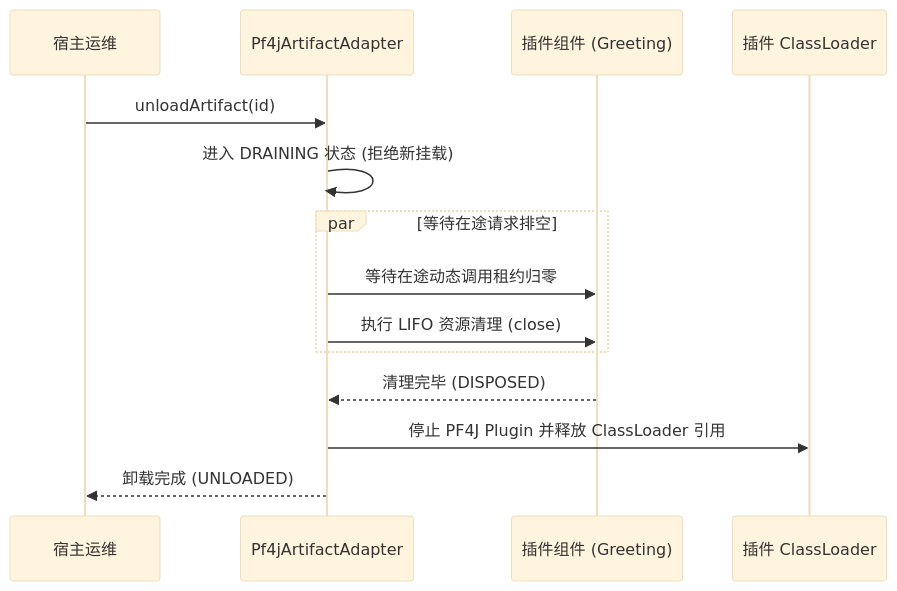
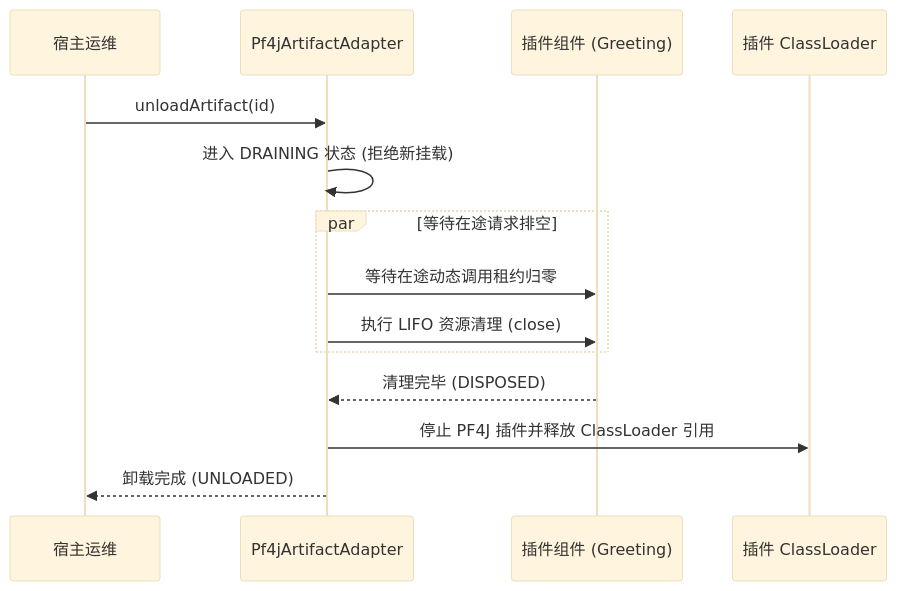
Before and after one commit to fjay/knotra: the second of 2 diagrams in docs/Knotra 插件工程化手册.md, drawn with Mermaid (base theme). The commit also changed other lines of this file and 7 other files, not shown here.

````diff
--- a/docs/Knotra 插件工程化手册.md
+++ b/docs/Knotra 插件工程化手册.md
@@ -260,19 +245,19 @@
 ```mermaid
 sequenceDiagram
     participant Host as 宿主运维
     participant Adapter as Pf4jArtifactAdapter
     participant Component as 插件组件 (Greeting)
     participant ClassLoader as 插件 ClassLoader
 
     Host->>Adapter: unloadArtifact(id)
     Adapter->>Adapter: 进入 DRAINING 状态 (拒绝新挂载)
 
     par 等待在途请求排空
         Adapter->>Component: 等待在途动态调用租约归零
         Adapter->>Component: 执行 LIFO 资源清理 (close)
     end
 
     Component-->>Adapter: 清理完毕 (DISPOSED)
-    Adapter->>ClassLoader: 停止 PF4J Plugin 并释放 ClassLoader 引用
+    Adapter->>ClassLoader: 停止 PF4J 插件并释放 ClassLoader 引用
     Adapter-->>Host: 卸载完成 (UNLOADED)
 ```
````
